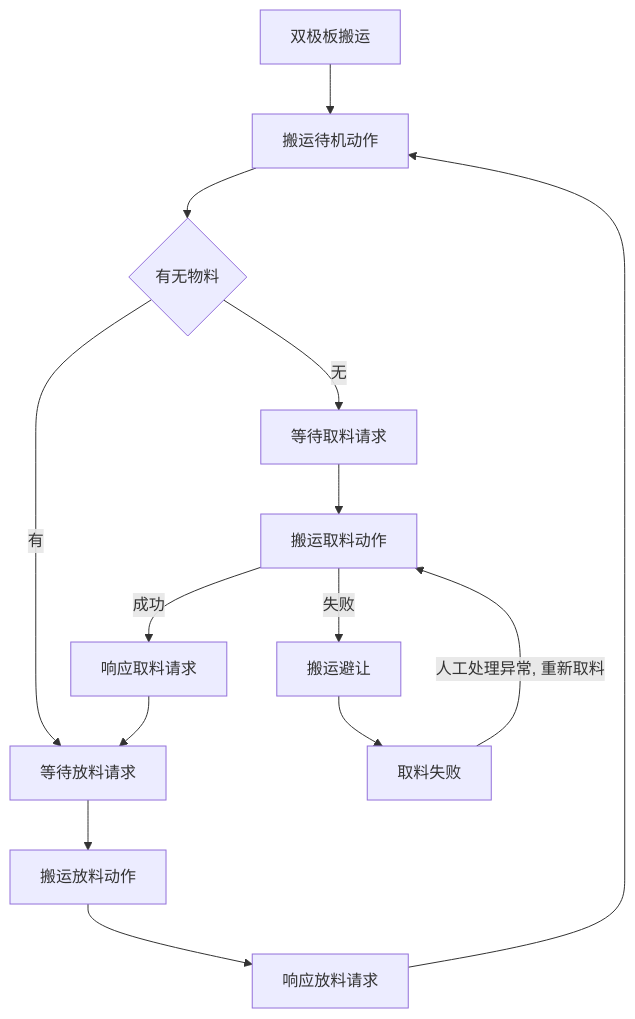
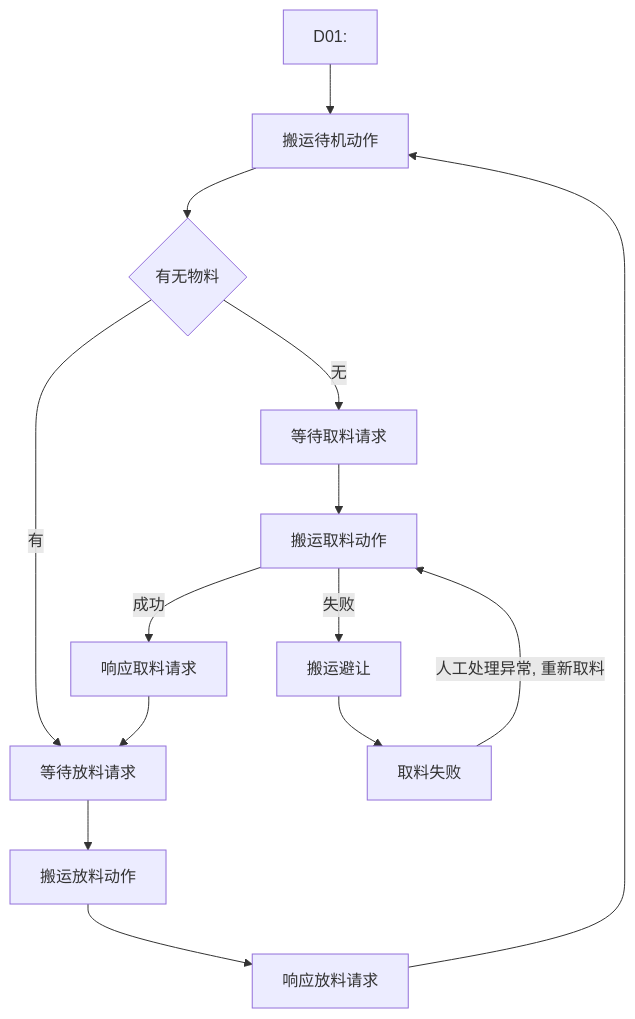
Before and after one commit to PengKun1/iodraw-files: the diagram in all/OP10焊接工位自动流程.md, drawn with Mermaid.

Commit message:
2024-08-06 16:52:14 update

````diff
--- a/all/OP10焊接工位自动流程.md
+++ b/all/OP10焊接工位自动流程.md
@@ -1,18 +1,18 @@
 ```mermaid
 graph TD
-0[双极板搬运]-->10
+0[D01:]-->10
 10[搬运待机动作]-->20
 20{有无物料}-->|无|30
 20-->|有|60
 30[等待取料请求]-->40
 40[搬运取料动作]-->|成功|50
 40-->|失败|90
 50[响应取料请求]-->60
 60[等待放料请求]-->70
 70[搬运放料动作]-->80
 80[响应放料请求]-->10
 
 90[搬运避让]-->900
 
 900[取料失败]-->|人工处理异常, 重新取料|40
 ```
````
